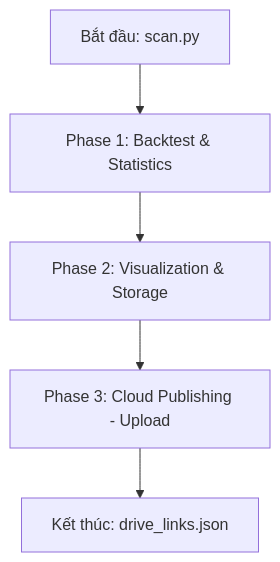
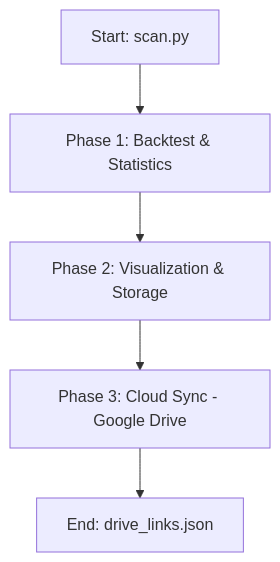
Before and after one commit to Thanhnt15/GigaAlpha: the diagram in docs/project_workflow.md, drawn with Mermaid. The commit also changed other lines of this file and 2 other files, not shown here.

Commit message:
docs: update architecture to reflect removal of GitHub Pages synchronization

````diff
--- a/docs/project_workflow.md
+++ b/docs/project_workflow.md
@@ -9,7 +9,7 @@
 ```mermaid
 graph TD
-    A[Bắt đầu: scan.py] --> B[Phase 1: Backtest & Statistics]
+    A[Start: scan.py] --> B[Phase 1: Backtest & Statistics]
     B --> C[Phase 2: Visualization & Storage]
-    C --> D[Phase 3: Cloud Publishing - Upload]
-    D --> E[Kết thúc: drive_links.json]
+    C --> D[Phase 3: Cloud Sync - Google Drive]
+    D --> E[End: drive_links.json]
 ```
````
